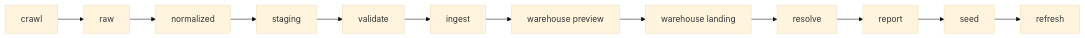
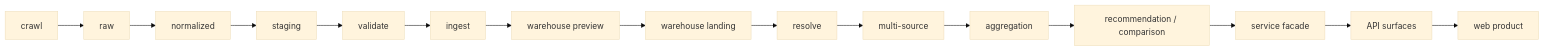
Before and after one commit to heinricitorgau/CrawlerNest: the second of 8 diagrams in docs/SYSTEM_ENGINE_ARCHITECTURE.md, drawn with Mermaid (base theme). The commit also changed other lines of this file, not shown here.

````diff
--- a/docs/SYSTEM_ENGINE_ARCHITECTURE.md
+++ b/docs/SYSTEM_ENGINE_ARCHITECTURE.md
@@ -101,14 +87,17 @@
 ```mermaid
 flowchart LR
     A["crawl"] --> B["raw"]
     B --> C["normalized"]
     C --> D["staging"]
     D --> E["validate"]
     E --> F["ingest"]
     F --> G["warehouse preview"]
     G --> H["warehouse landing"]
     H --> I["resolve"]
-    I --> J["report"]
-    J --> K["seed"]
-    K --> L["refresh"]
+    I --> J["multi-source"]
+    J --> K["aggregation"]
+    K --> L["recommendation / comparison"]
+    L --> M["service facade"]
+    M --> N["API surfaces"]
+    N --> O["web product"]
 ```
````
